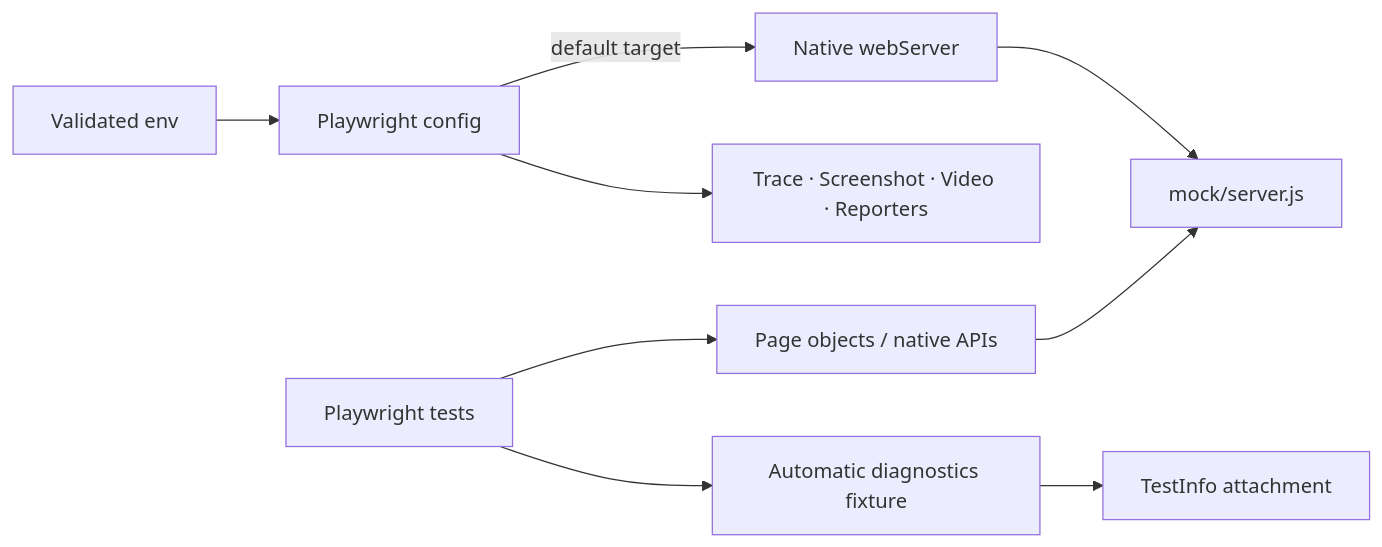
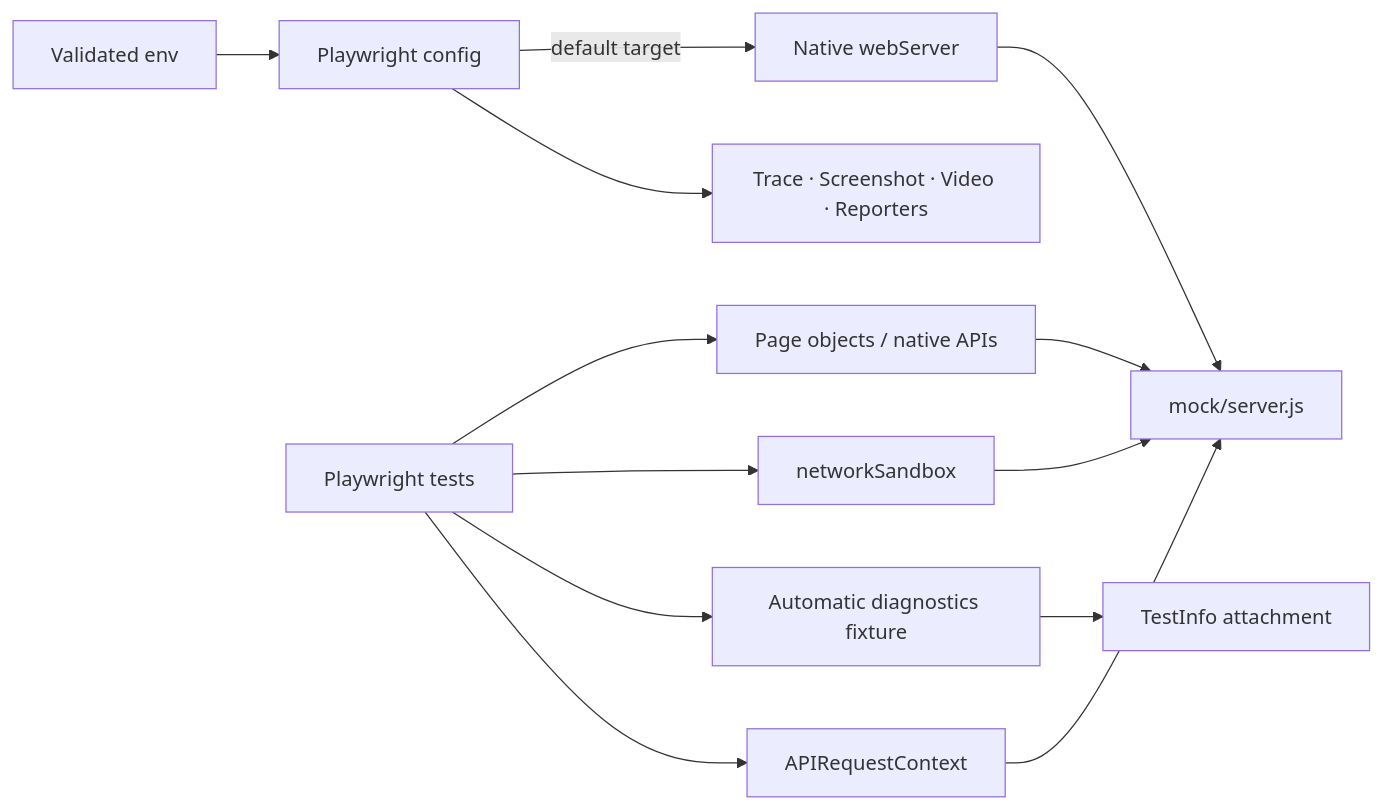
The diagram in docs/ARCHITECTURE.md (portyu9/qa-automation-node-playwright), drawn with Mermaid before and after one commit. The commit also changed other lines of this file, not shown here.

````diff
--- a/docs/ARCHITECTURE.md
+++ b/docs/ARCHITECTURE.md
@@ -7,11 +7,15 @@
 ```mermaid
 flowchart LR
     CFG[Validated env] --> PW[Playwright config]
     PW -->|default target| WS[Native webServer]
     WS --> FIX[mock/server.js]
     TEST[Playwright tests] --> PAGE[Page objects / native APIs]
+    TEST --> NET[networkSandbox]
     TEST --> DIAG[Automatic diagnostics fixture]
+    TEST --> REQ[APIRequestContext]
     PAGE --> FIX
+    NET --> FIX
+    REQ --> FIX
     DIAG --> ATT[TestInfo attachment]
     PW --> NATIVE[Trace · Screenshot · Video · Reporters]
 ```
````
